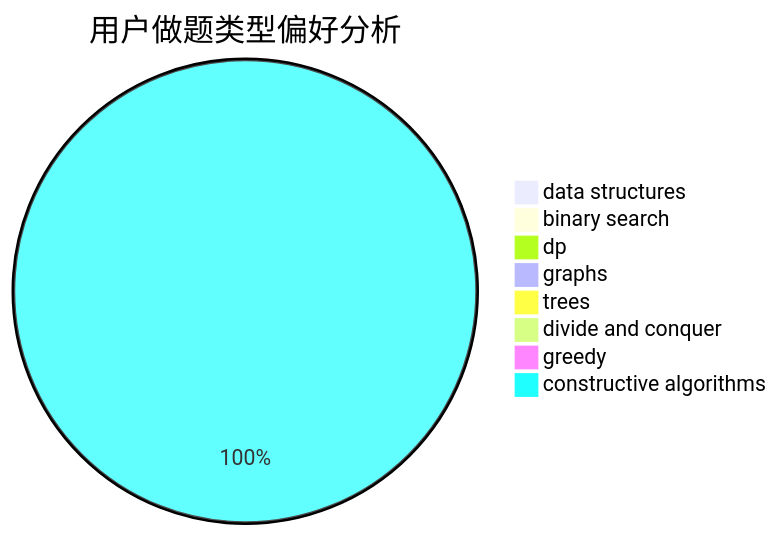
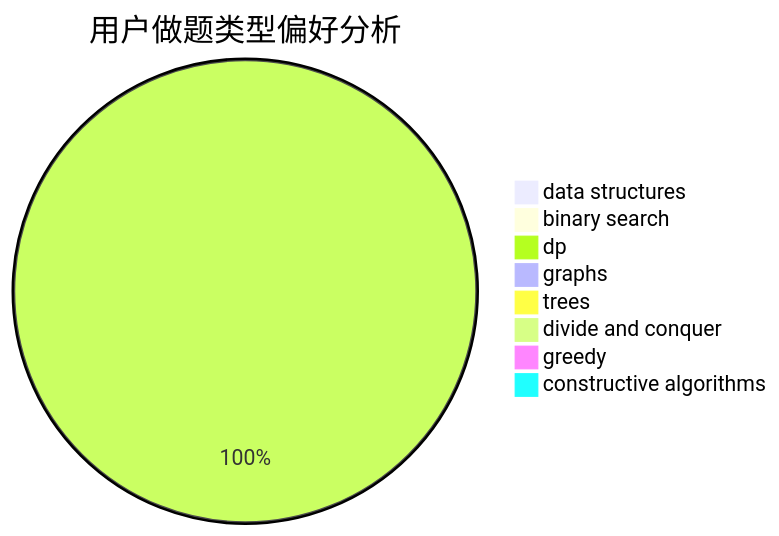
Before and after one commit to sherpahu/cfrs.github.io: the second of 3 diagrams in docs/user/u175.md, drawn with Mermaid. The commit also changed other lines of this file and 2770 other files, not shown here.

````diff
--- a/docs/user/u175.md
+++ b/docs/user/u175.md
@@ -23,11 +23,11 @@
 ```mermaid
 pie title 用户做题类型偏好分析
     "data structures" :  0
     "binary search" :  0
-    "dp" :  0
+    "dp" :  2
     "graphs" :  0
     "trees" :  0
     "divide and conquer" :  0
     "greedy" :  0
-    "constructive algorithms" :  3
+    "constructive algorithms" :  0
 ```
````
